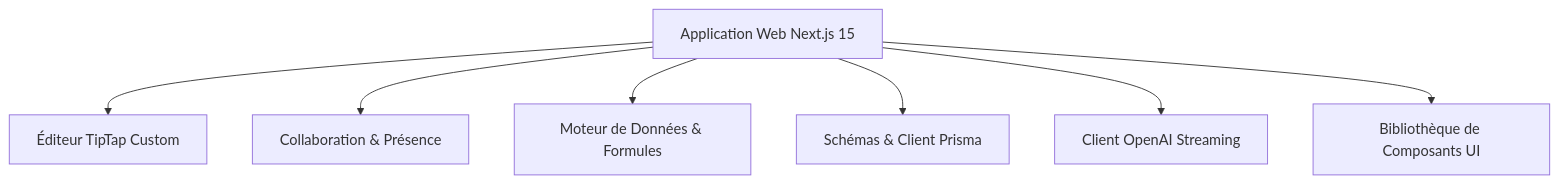
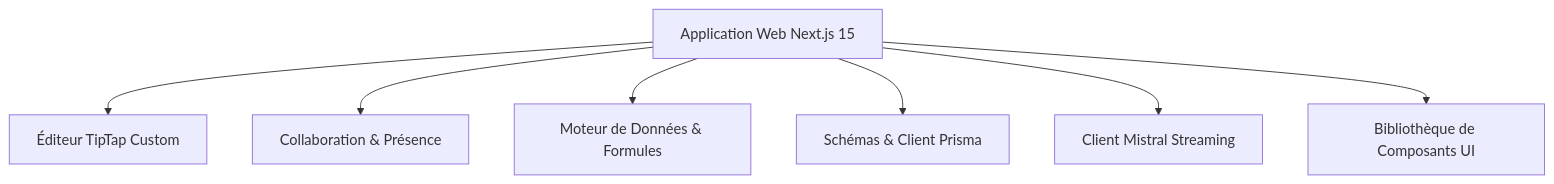
The diagram in notoflow/README.md (bibalaye/notion-local), drawn with Mermaid before and after one commit. The commit also changed other lines of this file and 6 other files, not shown here.

````diff
--- a/notoflow/README.md
+++ b/notoflow/README.md
@@ -11,9 +11,9 @@
 ```mermaid
 graph TD
     apps/web[Application Web Next.js 15] --> packages/editor[Éditeur TipTap Custom]
     apps/web --> packages/realtime[Collaboration & Présence]
     apps/web --> packages/database-engine[Moteur de Données & Formules]
     apps/web --> packages/database[Schémas & Client Prisma]
-    apps/web --> packages/ai[Client OpenAI Streaming]
+    apps/web --> packages/ai[Client Mistral Streaming]
     apps/web --> packages/ui[Bibliothèque de Composants UI]
 ```
````
